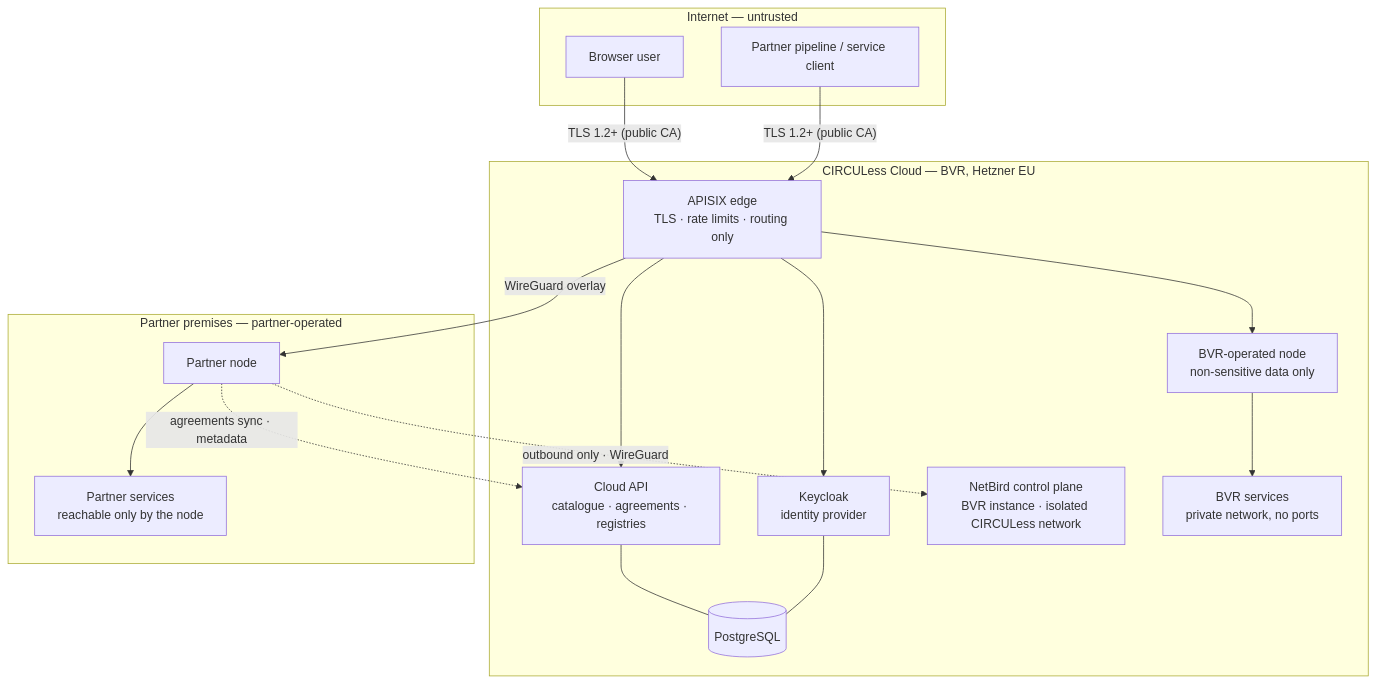
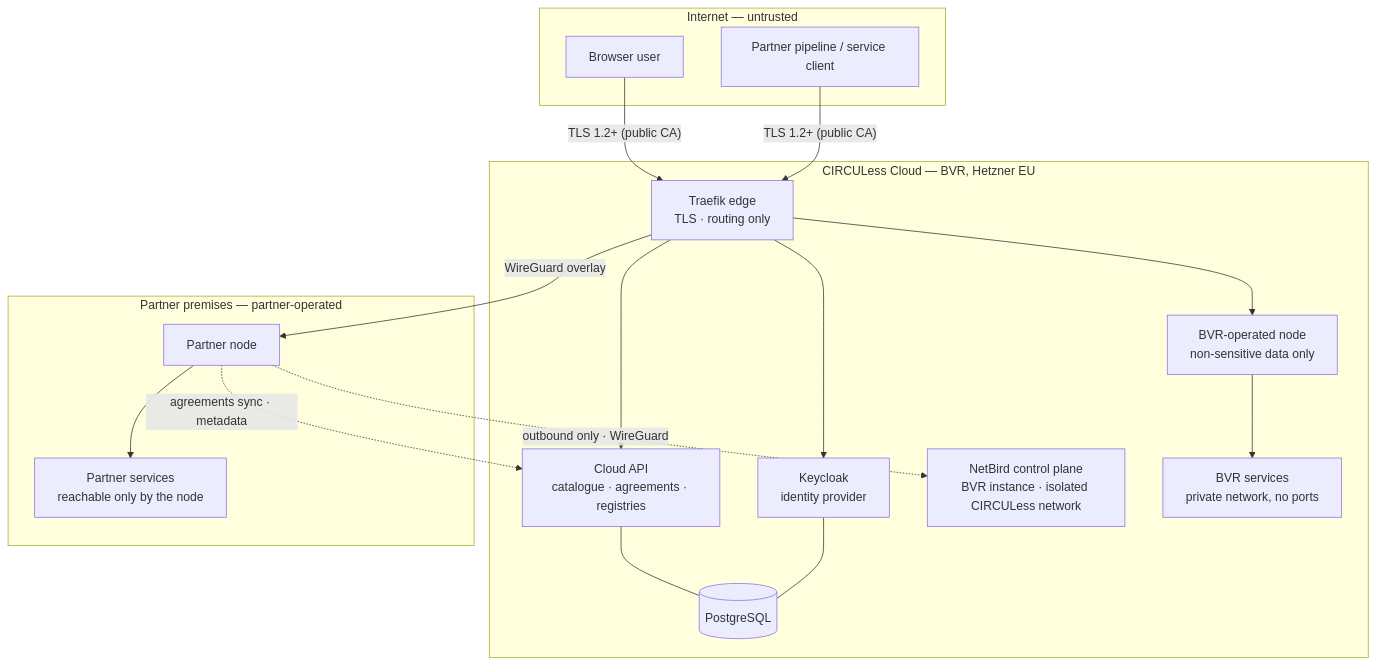
One commit to bAvenir/circuless-platform-beta changed the diagram in docs/understanding/security-measures.md. Above: the diagram before and after it, drawn with Mermaid. The commit also changed other lines of this file, not shown here.

````diff
--- a/docs/understanding/security-measures.md
+++ b/docs/understanding/security-measures.md
@@ -27,35 +29,35 @@
 ```mermaid
 flowchart TB
   subgraph Internet["Internet — untrusted"]
     B["Browser user"]
     M["Partner pipeline / service client"]
   end
 
   subgraph Cloud["CIRCULess Cloud — BVR, Hetzner EU"]
-    GW["APISIX edge<br/>TLS · rate limits · routing only"]
+    GW["Traefik edge<br/>TLS · routing only"]
     KC["Keycloak<br/>identity provider"]
     API["Cloud API<br/>catalogue · agreements · registries"]
     PG[("PostgreSQL")]
     NBC["NetBird control plane<br/>BVR instance · isolated CIRCULess network"]
     BN["BVR-operated node<br/>non-sensitive data only"]
     S1["BVR services<br/>private network, no ports"]
   end
 
   subgraph Partner["Partner premises — partner-operated"]
     PN["Partner node"]
     S2["Partner services<br/>reachable only by the node"]
   end
 
   B -- "TLS 1.2+ (public CA)" --> GW
   M -- "TLS 1.2+ (public CA)" --> GW
   GW --> KC
   GW --> API
   GW -- "WireGuard overlay" --> PN
   GW --> BN
   API --- PG
   KC --- PG
   PN -. "outbound only · WireGuard" .-> NBC
   PN -. "agreements sync · metadata" .-> API
   BN --> S1
   PN --> S2
 ```
````
